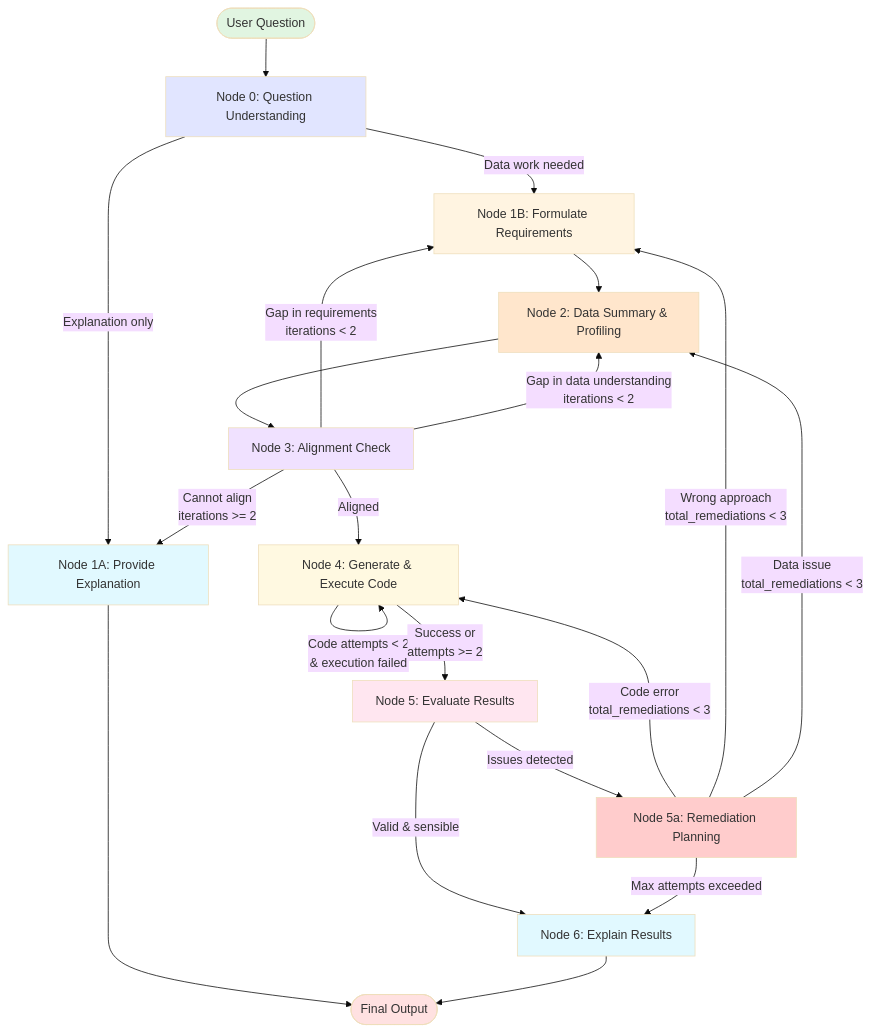
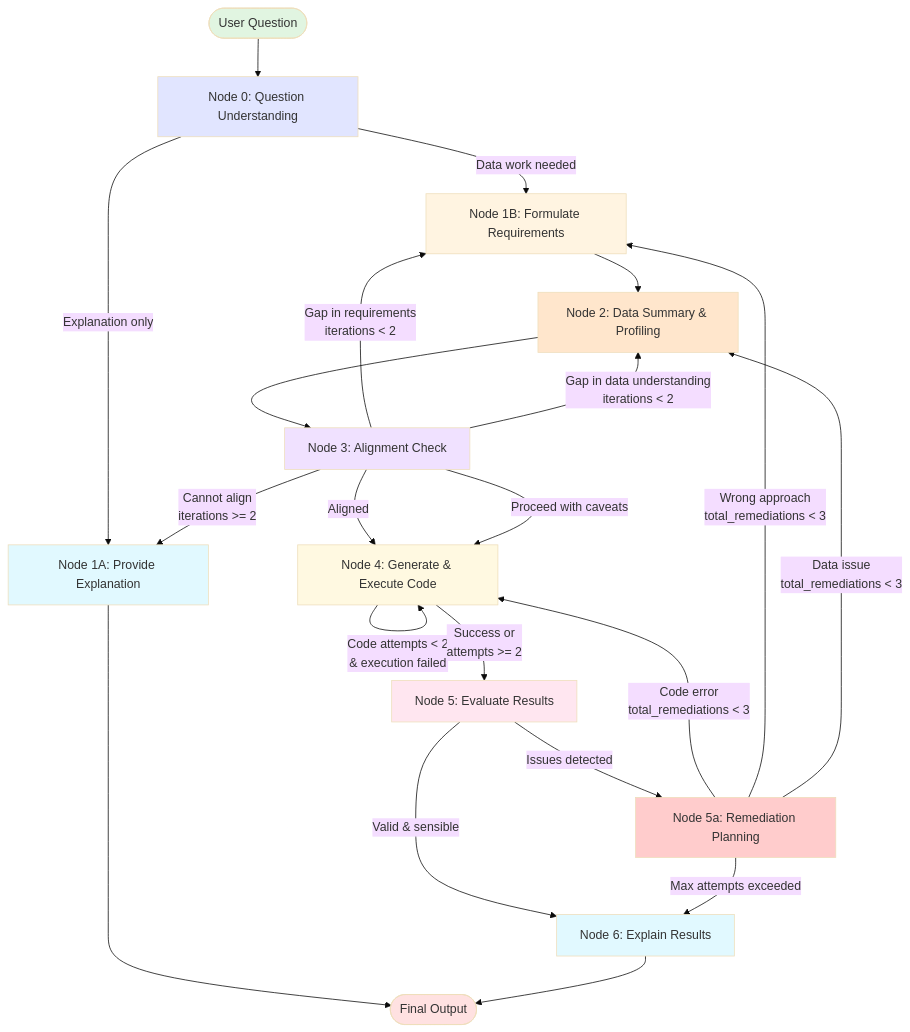
One commit to Odysseus56/AI-DS-agent changed the diagram in docs/PROPOSED_ARCHITECTURE.md. Above: the diagram before and after it, drawn with Mermaid (base theme). The commit also changed other lines of this file and 25 other files, not shown here.

````diff
--- a/docs/PROPOSED_ARCHITECTURE.md
+++ b/docs/PROPOSED_ARCHITECTURE.md
@@ -11,42 +11,43 @@
 ```mermaid
 flowchart TD
     START([User Question]) --> NODE0[Node 0: Question Understanding]
     
     NODE0 -->|Explanation only| NODE1A[Node 1A: Provide Explanation]
     NODE0 -->|Data work needed| NODE1B[Node 1B: Formulate Requirements]
     
     NODE1A --> END([Final Output])
     
     NODE1B --> NODE2[Node 2: Data Summary & Profiling]
     NODE2 --> NODE3[Node 3: Alignment Check]
     
     NODE3 -->|Aligned| NODE4[Node 4: Generate & Execute Code]
+    NODE3 -->|Proceed with caveats| NODE4
     NODE3 -->|Gap in requirements<br/>iterations < 2| NODE1B
     NODE3 -->|Gap in data understanding<br/>iterations < 2| NODE2
     NODE3 -->|Cannot align<br/>iterations >= 2| NODE1A
     
     NODE4 -->|Code attempts < 2<br/>& execution failed| NODE4
     NODE4 -->|Success or<br/>attempts >= 2| NODE5[Node 5: Evaluate Results]
     
     NODE5 -->|Valid & sensible| NODE6[Node 6: Explain Results]
     NODE5 -->|Issues detected| NODE5A[Node 5a: Remediation Planning]
     
     NODE5A -->|Code error<br/>total_remediations < 3| NODE4
     NODE5A -->|Wrong approach<br/>total_remediations < 3| NODE1B
     NODE5A -->|Data issue<br/>total_remediations < 3| NODE2
     NODE5A -->|Max attempts exceeded| NODE6
     
     NODE6 --> END
     
     style START fill:#e1f5e1
     style END fill:#ffe1e1
     style NODE0 fill:#e1e5ff
     style NODE1A fill:#e1f9ff
     style NODE1B fill:#fff4e1
     style NODE2 fill:#ffe6cc
     style NODE3 fill:#f0e1ff
     style NODE4 fill:#fff9e1
     style NODE5 fill:#ffe6f0
     style NODE5A fill:#ffcccc
     style NODE6 fill:#e1f9ff
 ```
````
